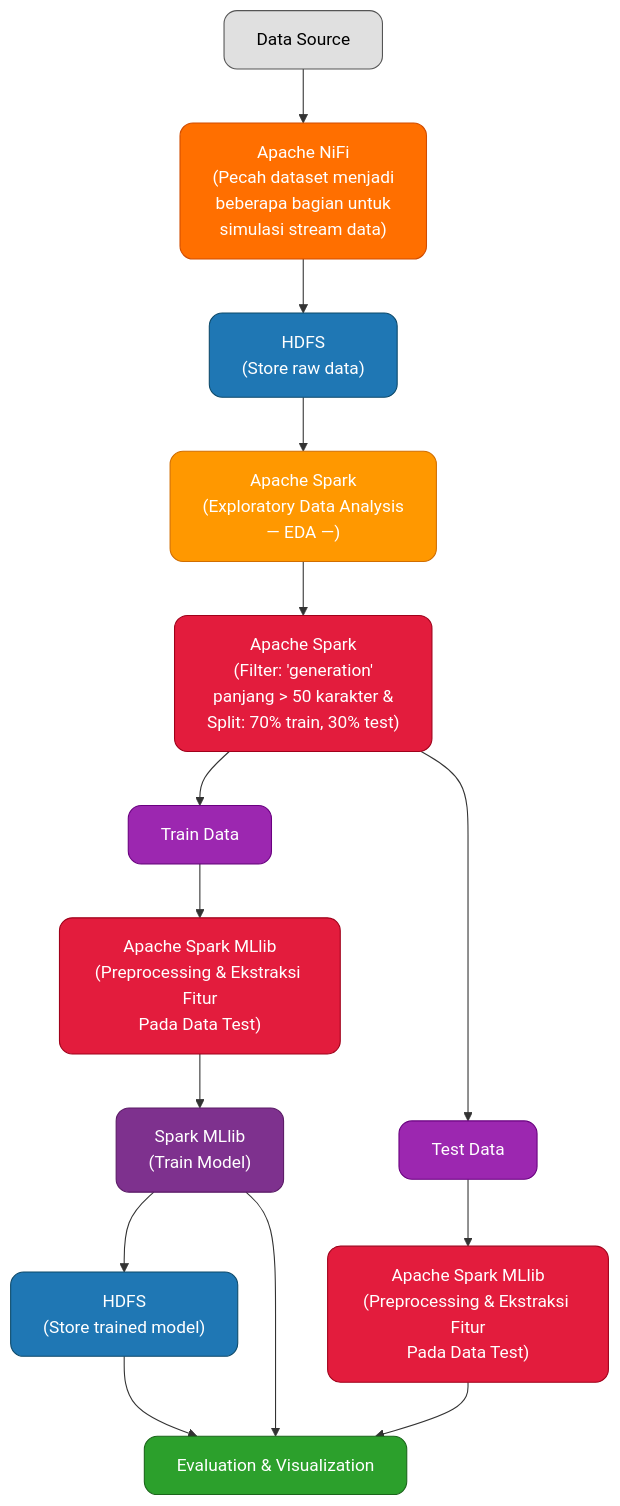
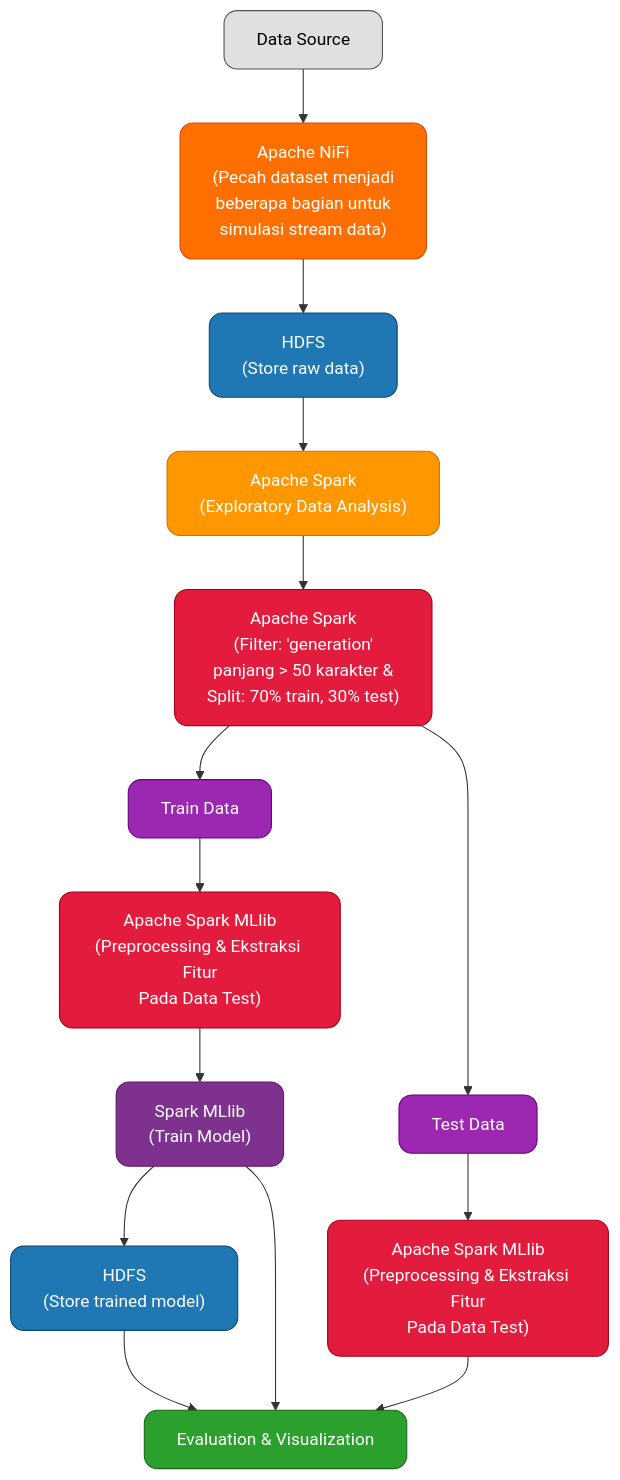
The diagram in README.md (rafyakbar/big-data-stack), drawn with Mermaid before and after one commit. The commit also changed 1 other file, not shown here.

````diff
--- a/README.md
+++ b/README.md
@@ -1,43 +1,43 @@
 ```mermaid
 flowchart TD
     %% Definisi gaya warna berdasarkan komponen
     classDef source fill:#e0e0e0,stroke:#555,color:#000,rx:12,ry:12;
     classDef nifi fill:#ff6f00,stroke:#d14d00,color:#fff,rx:12,ry:12;
     classDef hdfs fill:#1f77b4,stroke:#0d4a6b,color:#fff,rx:12,ry:12;
     classDef spark fill:#e31c3d,stroke:#a0001a,color:#fff,rx:12,ry:12;
     classDef mllib fill:#7e318e,stroke:#5a1a66,color:#fff,rx:12,ry:12;
     classDef viz fill:#2ca02c,stroke:#1b661b,color:#fff,rx:12,ry:12;
     classDef eda fill:#ff9800,stroke:#d16e00,color:#fff,rx:12,ry:12;
     classDef intermediate fill:#9c27b0,stroke:#6a0080,color:#fff,rx:12,ry:12;
 
     A[Data Source] --> B["Apache NiFi<br>(Pecah dataset menjadi<br>beberapa bagian untuk<br>simulasi stream data)"]
     B --> C["HDFS<br>(Store raw data)"]
-    C --> D["Apache Spark<br>(Exploratory Data Analysis<br>— EDA —)"]
+    C --> D["Apache Spark<br>(Exploratory Data Analysis)"]
     D --> E["Apache Spark<br>(Filter: 'generation'<br>panjang > 50 karakter &<br>Split: 70% train, 30% test)"]
 
     %% Cabang Train
     E --> H1["Train Data"]
     H1 --> I1["Apache Spark MLlib<br>(Preprocessing & Ekstraksi Fitur<br>Pada Data Test)"]
     I1 --> K["Spark MLlib<br>(Train Model)"]
     K --> L["HDFS<br>(Store trained model)"]
 
     %% Cabang Test
     E --> H2["Test Data"]
     H2 --> I2["Apache Spark MLlib<br>(Preprocessing & Ekstraksi Fitur<br>Pada Data Test)"]
 
     %% Gabung untuk evaluasi
     K --> M
     I2 --> M
     L --> M
     M["Evaluation & Visualization"]
 
     %% Terapkan kelas warna
     class A source;
     class B nifi;
     class C,J1,J2,L hdfs;
     class D,E,I1,I2 spark;
     class K mllib;
     class M viz;
     class D eda;
     class H1,H2 intermediate;
 ```
````
